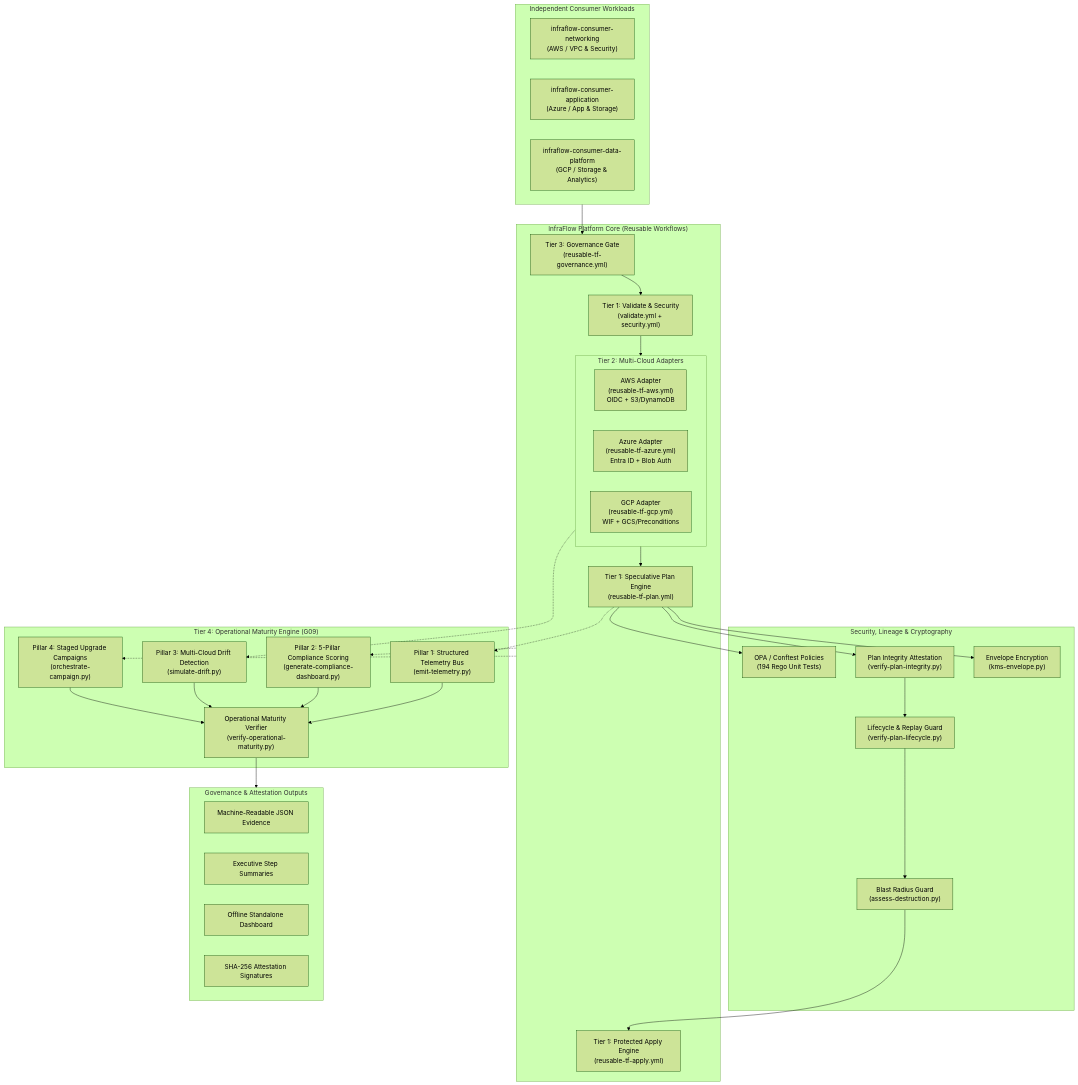
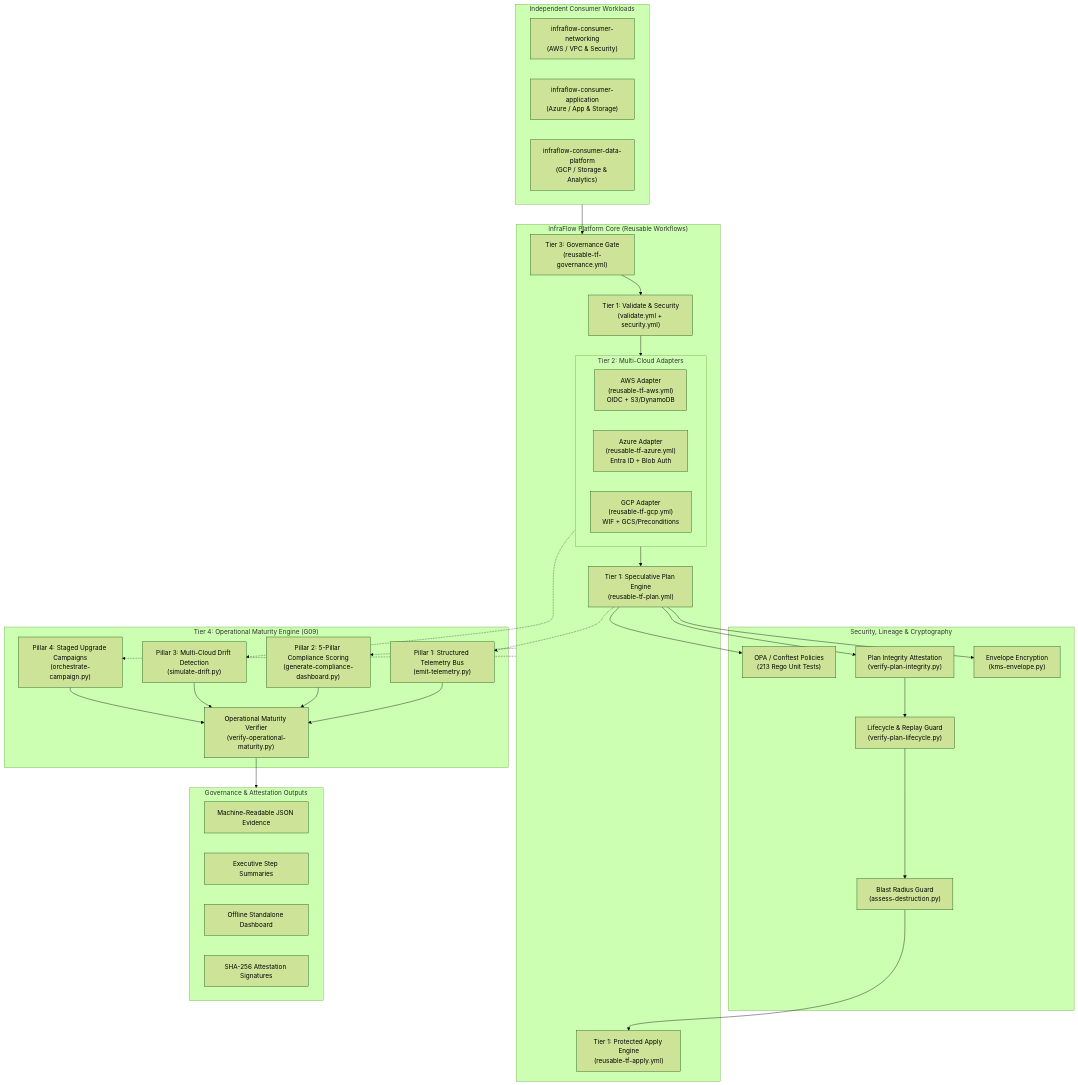
The first of 2 diagrams in README.md (TM-threemavithana/infraflow), drawn with Mermaid (forest theme) before and after one commit. The commit also changed other lines of this file and 54 other files, not shown here.

````diff
--- a/README.md
+++ b/README.md
@@ -134,68 +134,68 @@
 ```mermaid
 flowchart TD
     subgraph Consumers["Independent Consumer Workloads"]
         NetRepo["infraflow-consumer-networking\n(AWS / VPC & Security)"]
         AppRepo["infraflow-consumer-application\n(Azure / App & Storage)"]
         DataRepo["infraflow-consumer-data-platform\n(GCP / Storage & Analytics)"]
     end
 
     subgraph PlatformCore["InfraFlow Platform Core (Reusable Workflows)"]
         GovGate["Tier 3: Governance Gate\n(reusable-tf-governance.yml)"]
         ValSec["Tier 1: Validate & Security\n(validate.yml + security.yml)"]
         
         subgraph CloudAdapters["Tier 2: Multi-Cloud Adapters"]
             AWSAdapter["AWS Adapter\n(reusable-tf-aws.yml)\nOIDC + S3/DynamoDB"]
             AzureAdapter["Azure Adapter\n(reusable-tf-azure.yml)\nEntra ID + Blob Auth"]
             GCPAdapter["GCP Adapter\n(reusable-tf-gcp.yml)\nWIF + GCS/Preconditions"]
         end
 
         PlanEngine["Tier 1: Speculative Plan Engine\n(reusable-tf-plan.yml)"]
         ApplyEngine["Tier 1: Protected Apply Engine\n(reusable-tf-apply.yml)"]
     end
 
     subgraph SecurityAttestation["Security, Lineage & Cryptography"]
-        OPAPolicies["OPA / Conftest Policies\n(194 Rego Unit Tests)"]
+        OPAPolicies["OPA / Conftest Policies\n(213 Rego Unit Tests)"]
         PlanAttest["Plan Integrity Attestation\n(verify-plan-integrity.py)"]
         KMSEnvelope["Envelope Encryption\n(kms-envelope.py)"]
         LineageReplay["Lifecycle & Replay Guard\n(verify-plan-lifecycle.py)"]
         BlastRadius["Blast Radius Guard\n(assess-destruction.py)"]
     end
 
     subgraph OperationalMaturity["Tier 4: Operational Maturity Engine (G09)"]
         TelemetryBus["Pillar 1: Structured Telemetry Bus\n(emit-telemetry.py)"]
         ComplianceDash["Pillar 2: 5-Pillar Compliance Scoring\n(generate-compliance-dashboard.py)"]
         DriftSim["Pillar 3: Multi-Cloud Drift Detection\n(simulate-drift.py)"]
         CampaignOrch["Pillar 4: Staged Upgrade Campaigns\n(orchestrate-campaign.py)"]
         UnifiedVerifier["Operational Maturity Verifier\n(verify-operational-maturity.py)"]
     end
 
     subgraph EvidenceOut["Governance & Attestation Outputs"]
         JSONEv["Machine-Readable JSON Evidence"]
         MDEv["Executive Step Summaries"]
         HTMLEv["Offline Standalone Dashboard"]
         SignedAttest["SHA-256 Attestation Signatures"]
     end
 
     Consumers --> GovGate
     GovGate --> ValSec
     ValSec --> CloudAdapters
     CloudAdapters --> PlanEngine
     PlanEngine --> OPAPolicies
     PlanEngine --> PlanAttest
     PlanEngine --> KMSEnvelope
     PlanAttest --> LineageReplay
     LineageReplay --> BlastRadius
     BlastRadius --> ApplyEngine
 
     PlanEngine -.-> TelemetryBus
     CloudAdapters -.-> DriftSim
     PlatformCore -.-> ComplianceDash
     PlatformCore -.-> CampaignOrch
 
     TelemetryBus --> UnifiedVerifier
     ComplianceDash --> UnifiedVerifier
     DriftSim --> UnifiedVerifier
     CampaignOrch --> UnifiedVerifier
 
     UnifiedVerifier --> EvidenceOut
 ```
````
